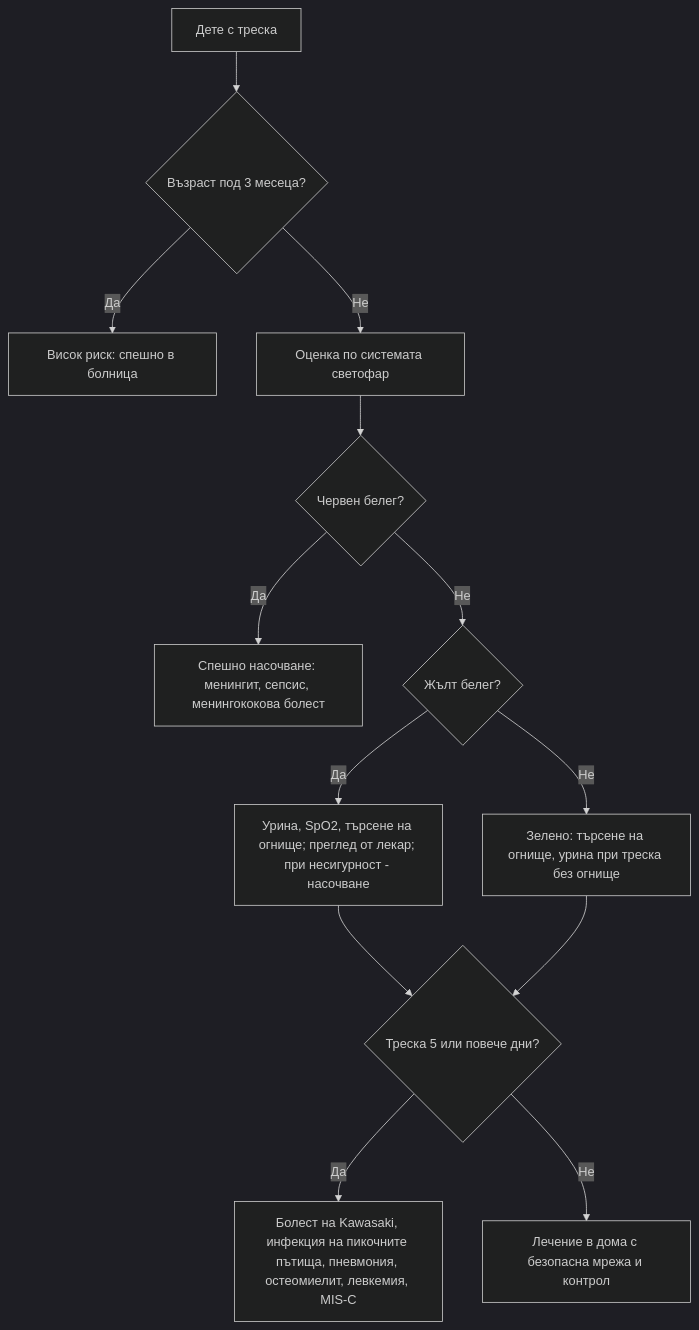
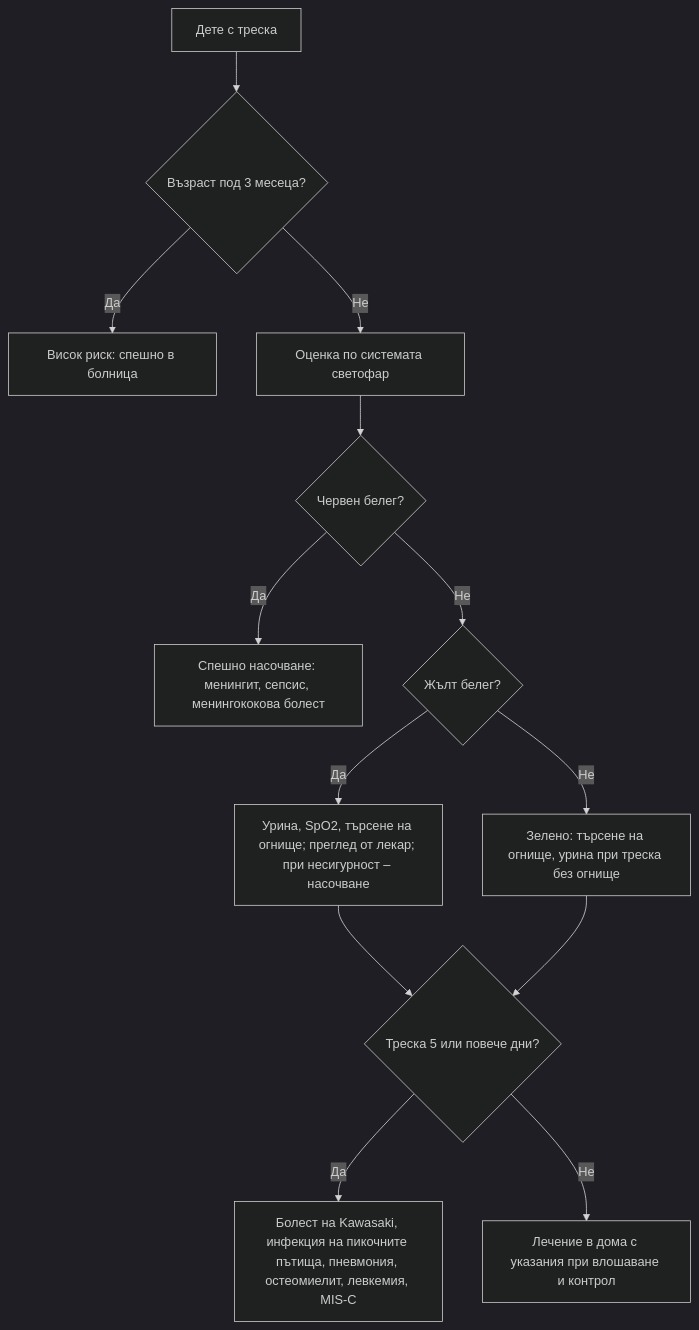
Before and after one commit to yancho26/yancho: the diagram in glavi/68-treska-dete.md, drawn with Mermaid (dark theme). The commit also changed other lines of this file and 90 other files, not shown here.

````diff
--- a/glavi/68-treska-dete.md
+++ b/glavi/68-treska-dete.md
@@ -169,17 +169,17 @@
 ```mermaid
 flowchart TD
     accTitle: Диагностичен алгоритъм: фебрилното дете
     accDescr: Блок-схема. Начало: Дете с треска. Въпроси: Възраст под 3 месеца? · Червен белег? · Жълт белег? · Треска 5 или повече дни? Пълното текстово описание е под схемата.
     A["Дете с треска"] --> B{"Възраст под 3 месеца?"}
     B -->|Да| C["Висок риск: спешно в болница"]
     B -->|Не| D["Оценка по системата светофар"]
     D --> E{"Червен белег?"}
     E -->|Да| F["Спешно насочване: менингит, сепсис, менингококова болест"]
     E -->|Не| G{"Жълт белег?"}
-    G -->|Да| H["Урина, SpO2, търсене на огнище; преглед от лекар; при несигурност - насочване"]
+    G -->|Да| H["Урина, SpO2, търсене на огнище; преглед от лекар; при несигурност – насочване"]
     G -->|Не| I["Зелено: търсене на огнище, урина при треска без огнище"]
     H --> J{"Треска 5 или повече дни?"}
     I --> J
     J -->|Да| K["Болест на Kawasaki, инфекция на пикочните пътища, пневмония, остеомиелит, левкемия, MIS-C"]
-    J -->|Не| L["Лечение в дома с безопасна мрежа и контрол"]
+    J -->|Не| L["Лечение в дома с указания при влошаване и контрол"]
 ```
````
